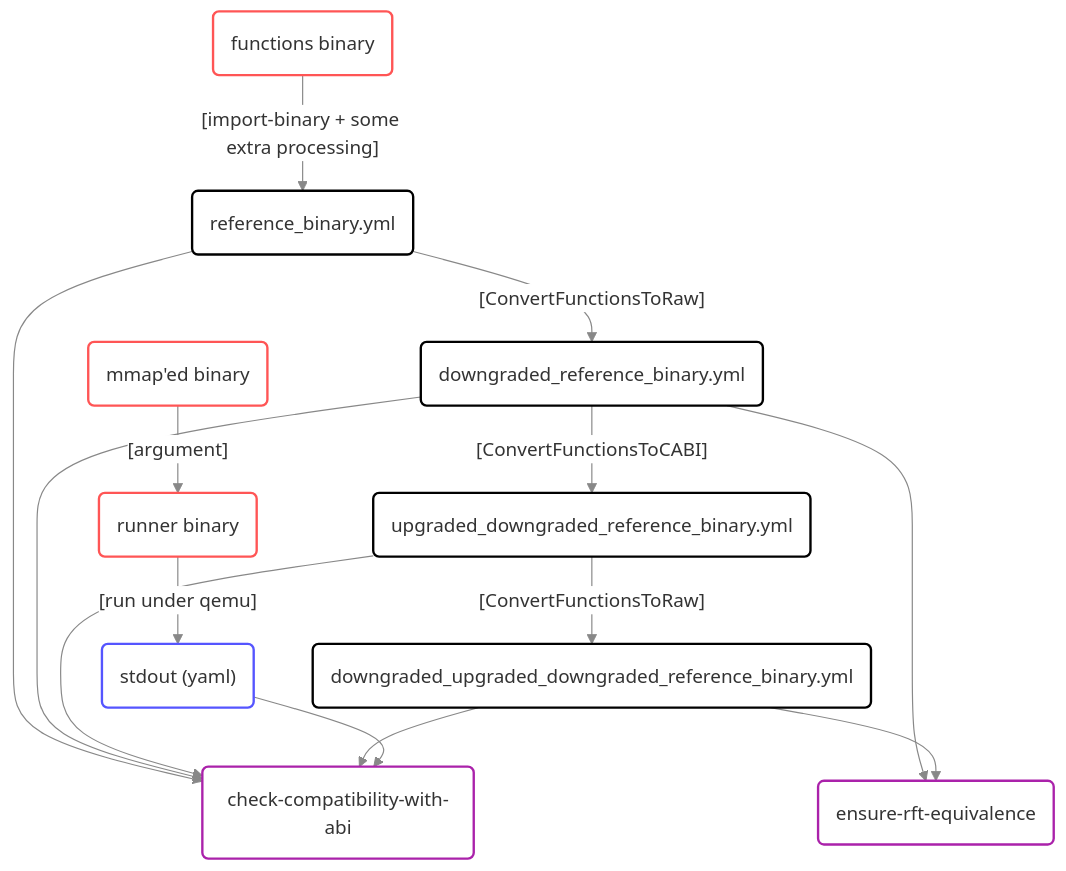
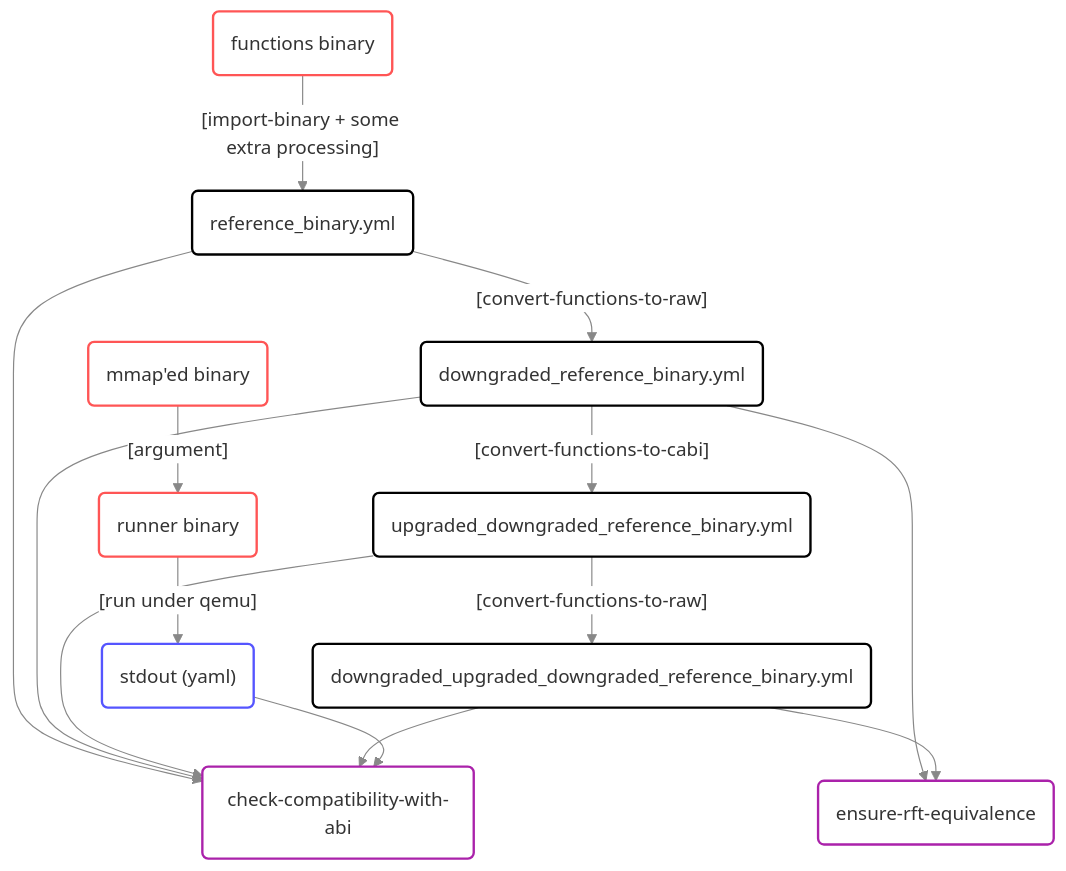
One commit to revng/revng changed the first of 2 diagrams in share/revng/test/tests/abi/README.md. Above: the diagram before and after it, drawn with Mermaid. The commit also changed other lines of this file and 51 other files, not shown here.

````diff
--- a/share/revng/test/tests/abi/README.md
+++ b/share/revng/test/tests/abi/README.md
@@ -7,45 +7,45 @@
 ```mermaid
 %%{init: {'themeVariables': { 'edgeLabelBackground': 'white'}}}%%
 graph TB
   linkStyle default stroke: #888
   classDef black fill: #fff, stroke: #000, stroke-width: 2px
   classDef red fill: #fff, stroke: #f55, stroke-width: 2px
   classDef blue fill: #fff, stroke: #55f, stroke-width: 2px
   classDef green fill: #fff, stroke: #090, stroke-width: 2px
   classDef purple fill: #fff, stroke: #a2a, stroke-width: 2px
 
   fb(functions binary)
   rb(runner binary)
   mb(mmap'ed binary)
   class fb,rb,mb red
 
   reference_binary.yml(reference_binary.yml)
   downgraded_reference_binary.yml(downgraded_reference_binary.yml)
   upgraded_downgraded_reference_binary.yml(upgraded_downgraded_reference_binary.yml)
   downgraded_upgraded_downgraded_reference_binary.yml(downgraded_upgraded_downgraded_reference_binary.yml)
   class reference_binary.yml,downgraded_reference_binary.yml,upgraded_downgraded_reference_binary.yml,downgraded_upgraded_downgraded_reference_binary.yml black
 
   yaml("stdout (yaml)")
   class yaml blue
 
   check-compatibility-with-abi(check-compatibility-with-abi)
   ensure-rft-equivalence(ensure-rft-equivalence)
   class check-compatibility-with-abi,ensure-rft-equivalence purple
 
   fb -- "[import-binary + some extra processing]" --> reference_binary.yml
-  reference_binary.yml -- "[ConvertFunctionsToRaw]" --> downgraded_reference_binary.yml
-  downgraded_reference_binary.yml -- "[ConvertFunctionsToCABI]" --> upgraded_downgraded_reference_binary.yml
-  upgraded_downgraded_reference_binary.yml -- "[ConvertFunctionsToRaw]" --> downgraded_upgraded_downgraded_reference_binary.yml
+  reference_binary.yml -- "[convert-functions-to-raw]" --> downgraded_reference_binary.yml
+  downgraded_reference_binary.yml -- "[convert-functions-to-cabi]" --> upgraded_downgraded_reference_binary.yml
+  upgraded_downgraded_reference_binary.yml -- "[convert-functions-to-raw]" --> downgraded_upgraded_downgraded_reference_binary.yml
 
   rb -- "[run under qemu]" --> yaml
   mb -- "[argument]" --> rb
 
   reference_binary.yml --> check-compatibility-with-abi
   downgraded_reference_binary.yml --> check-compatibility-with-abi
   upgraded_downgraded_reference_binary.yml --> check-compatibility-with-abi
   downgraded_upgraded_downgraded_reference_binary.yml --> check-compatibility-with-abi
   yaml --> check-compatibility-with-abi
 
   downgraded_reference_binary.yml --> ensure-rft-equivalence
   downgraded_upgraded_downgraded_reference_binary.yml --> ensure-rft-equivalence
 ```
````
